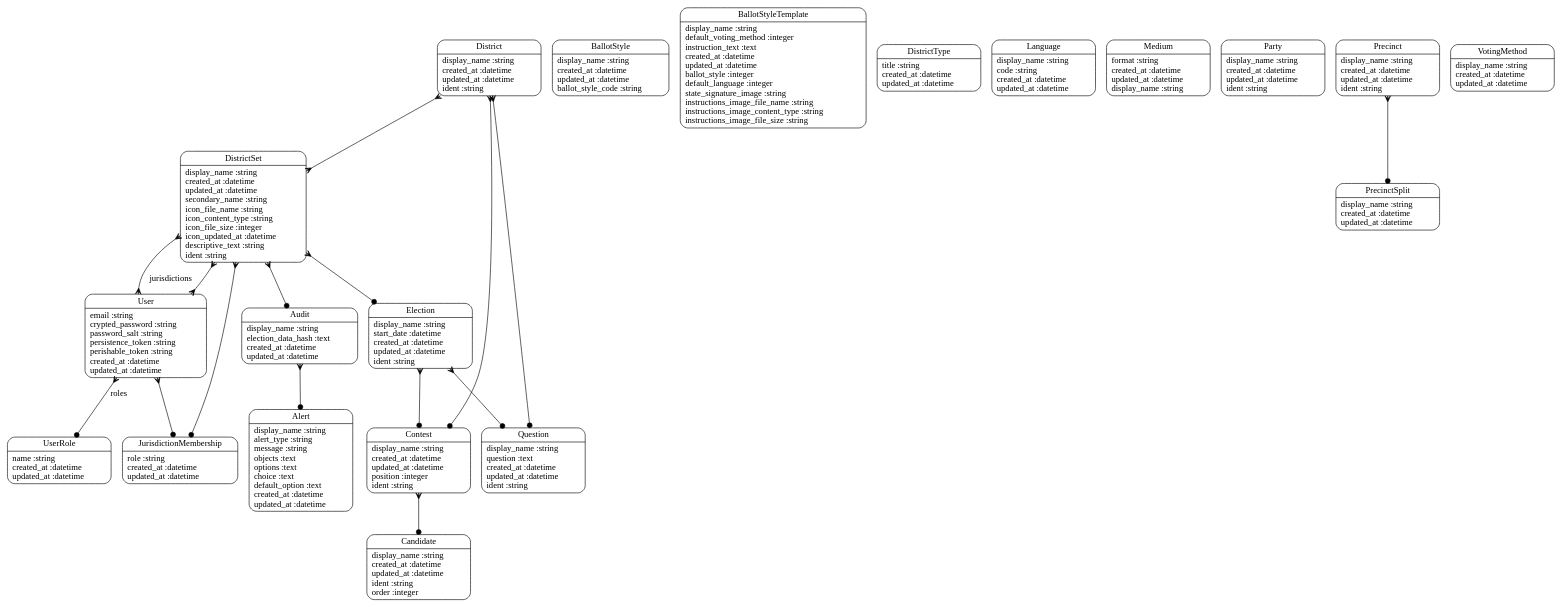
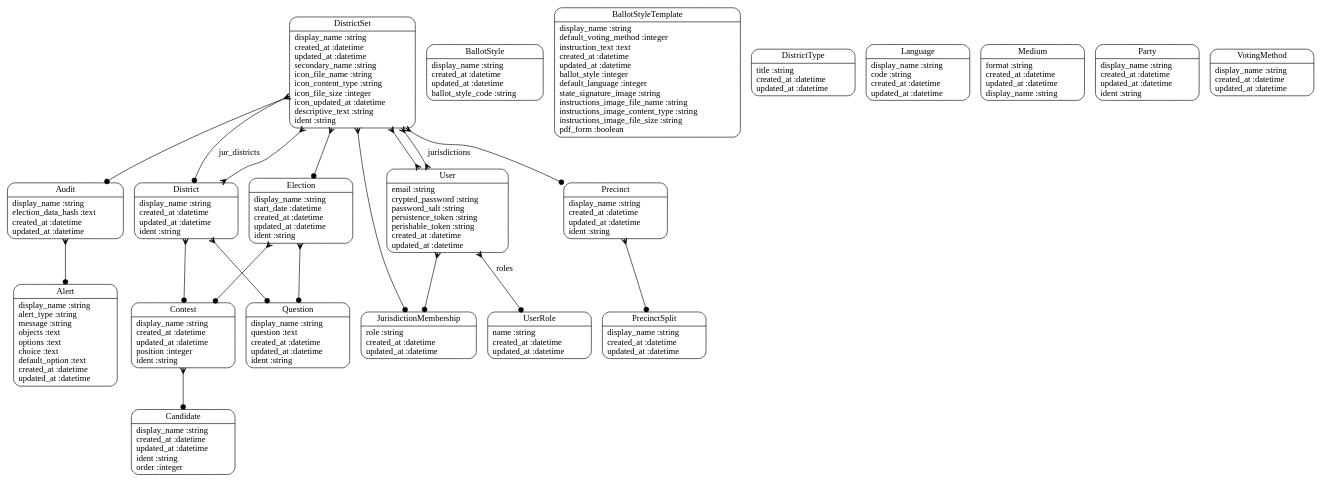
One commit to TrustTheVote-Project/ElectionManager changed the diagram in models.dot. Above: the diagram before and after it, drawn with Graphviz. The commit also changed 12 other files, not shown here.

```diff
--- a/models.dot
+++ b/models.dot
@@ -1,38 +1,40 @@
 digraph models_diagram {
 	graph[overlap=false, splines=true]
 	"Alert" [shape=Mrecord, label="{Alert|display_name :string\lalert_type :string\lmessage :string\lobjects :text\loptions :text\lchoice :text\ldefault_option :text\lcreated_at :datetime\lupdated_at :datetime\l}"]
 	"Audit" [shape=Mrecord, label="{Audit|display_name :string\lelection_data_hash :text\lcreated_at :datetime\lupdated_at :datetime\l}"]
 	"BallotStyle" [shape=Mrecord, label="{BallotStyle|display_name :string\lcreated_at :datetime\lupdated_at :datetime\lballot_style_code :string\l}"]
-	"BallotStyleTemplate" [shape=Mrecord, label="{BallotStyleTemplate|display_name :string\ldefault_voting_method :integer\linstruction_text :text\lcreated_at :datetime\lupdated_at :datetime\lballot_style :integer\ldefault_language :integer\lstate_signature_image :string\linstructions_image_file_name :string\linstructions_image_content_type :string\linstructions_image_file_size :string\l}"]
+	"BallotStyleTemplate" [shape=Mrecord, label="{BallotStyleTemplate|display_name :string\ldefault_voting_method :integer\linstruction_text :text\lcreated_at :datetime\lupdated_at :datetime\lballot_style :integer\ldefault_language :integer\lstate_signature_image :string\linstructions_image_file_name :string\linstructions_image_content_type :string\linstructions_image_file_size :string\lpdf_form :boolean\l}"]
 	"Candidate" [shape=Mrecord, label="{Candidate|display_name :string\lcreated_at :datetime\lupdated_at :datetime\lident :string\lorder :integer\l}"]
 	"Contest" [shape=Mrecord, label="{Contest|display_name :string\lcreated_at :datetime\lupdated_at :datetime\lposition :integer\lident :string\l}"]
 	"District" [shape=Mrecord, label="{District|display_name :string\lcreated_at :datetime\lupdated_at :datetime\lident :string\l}"]
 	"DistrictSet" [shape=Mrecord, label="{DistrictSet|display_name :string\lcreated_at :datetime\lupdated_at :datetime\lsecondary_name :string\licon_file_name :string\licon_content_type :string\licon_file_size :integer\licon_updated_at :datetime\ldescriptive_text :string\lident :string\l}"]
 	"DistrictType" [shape=Mrecord, label="{DistrictType|title :string\lcreated_at :datetime\lupdated_at :datetime\l}"]
 	"Election" [shape=Mrecord, label="{Election|display_name :string\lstart_date :datetime\lcreated_at :datetime\lupdated_at :datetime\lident :string\l}"]
 	"JurisdictionMembership" [shape=Mrecord, label="{JurisdictionMembership|role :string\lcreated_at :datetime\lupdated_at :datetime\l}"]
 	"Language" [shape=Mrecord, label="{Language|display_name :string\lcode :string\lcreated_at :datetime\lupdated_at :datetime\l}"]
 	"Medium" [shape=Mrecord, label="{Medium|format :string\lcreated_at :datetime\lupdated_at :datetime\ldisplay_name :string\l}"]
 	"Party" [shape=Mrecord, label="{Party|display_name :string\lcreated_at :datetime\lupdated_at :datetime\lident :string\l}"]
 	"Precinct" [shape=Mrecord, label="{Precinct|display_name :string\lcreated_at :datetime\lupdated_at :datetime\lident :string\l}"]
 	"PrecinctSplit" [shape=Mrecord, label="{PrecinctSplit|display_name :string\lcreated_at :datetime\lupdated_at :datetime\l}"]
 	"Question" [shape=Mrecord, label="{Question|display_name :string\lquestion :text\lcreated_at :datetime\lupdated_at :datetime\lident :string\l}"]
 	"User" [shape=Mrecord, label="{User|email :string\lcrypted_password :string\lpassword_salt :string\lpersistence_token :string\lperishable_token :string\lcreated_at :datetime\lupdated_at :datetime\l}"]
 	"UserRole" [shape=Mrecord, label="{UserRole|name :string\lcreated_at :datetime\lupdated_at :datetime\l}"]
 	"VotingMethod" [shape=Mrecord, label="{VotingMethod|display_name :string\lcreated_at :datetime\lupdated_at :datetime\l}"]
 	"Audit" -> "Alert" [arrowtail=crow, arrowhead=dot, dir=both]
 	"Contest" -> "Candidate" [arrowtail=crow, arrowhead=dot, dir=both]
+	"District" -> "Contest" [arrowtail=crow, arrowhead=dot, dir=both]
 	"District" -> "Question" [arrowtail=crow, arrowhead=dot, dir=both]
-	"District" -> "Contest" [arrowtail=crow, arrowhead=dot, dir=both]
 	"District" -> "DistrictSet" [arrowtail=crow, arrowhead=crow, dir=both]
+	"DistrictSet" -> "User" [arrowtail=crow, arrowhead=crow, dir=both]
+	"DistrictSet" -> "District" [label="jur_districts", arrowtail=crow, arrowhead=dot, dir=both]
+	"DistrictSet" -> "Election" [arrowtail=crow, arrowhead=dot, dir=both]
+	"DistrictSet" -> "Audit" [arrowtail=crow, arrowhead=dot, dir=both]
+	"DistrictSet" -> "Precinct" [arrowtail=crow, arrowhead=dot, dir=both]
 	"DistrictSet" -> "JurisdictionMembership" [arrowtail=crow, arrowhead=dot, dir=both]
-	"DistrictSet" -> "Election" [arrowtail=crow, arrowhead=dot, dir=both]
-	"DistrictSet" -> "User" [arrowtail=crow, arrowhead=crow, dir=both]
-	"DistrictSet" -> "Audit" [arrowtail=crow, arrowhead=dot, dir=both]
+	"Election" -> "Contest" [arrowtail=crow, arrowhead=dot, dir=both]
 	"Election" -> "Question" [arrowtail=crow, arrowhead=dot, dir=both]
-	"Election" -> "Contest" [arrowtail=crow, arrowhead=dot, dir=both]
 	"Precinct" -> "PrecinctSplit" [arrowtail=crow, arrowhead=dot, dir=both]
-	"User" -> "JurisdictionMembership" [arrowtail=crow, arrowhead=dot, dir=both]
 	"User" -> "UserRole" [label="roles", arrowtail=crow, arrowhead=dot, dir=both]
 	"User" -> "DistrictSet" [label="jurisdictions", arrowtail=crow, arrowhead=crow, dir=both]
+	"User" -> "JurisdictionMembership" [arrowtail=crow, arrowhead=dot, dir=both]
 }
```
